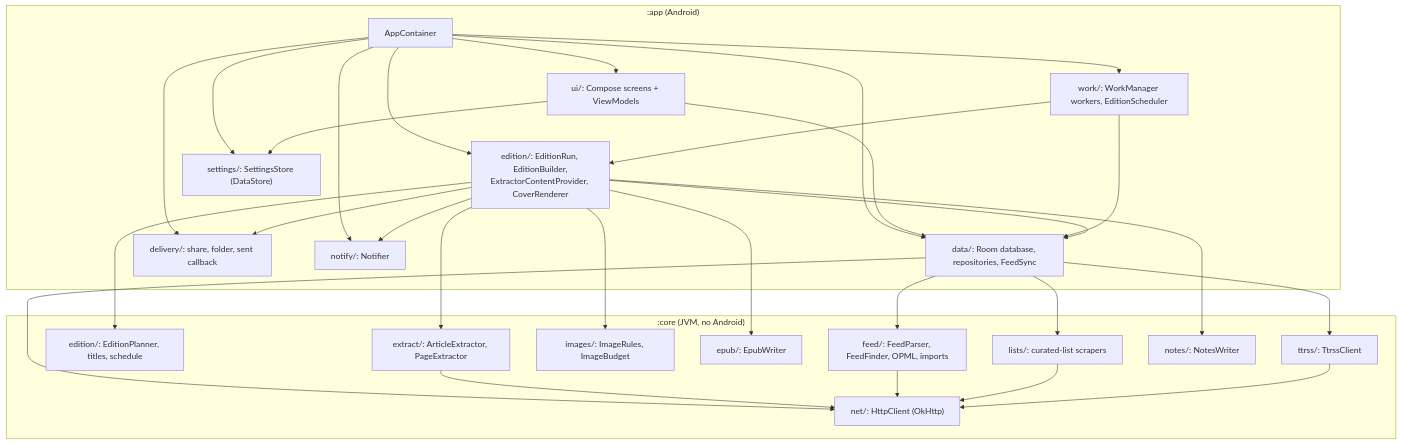
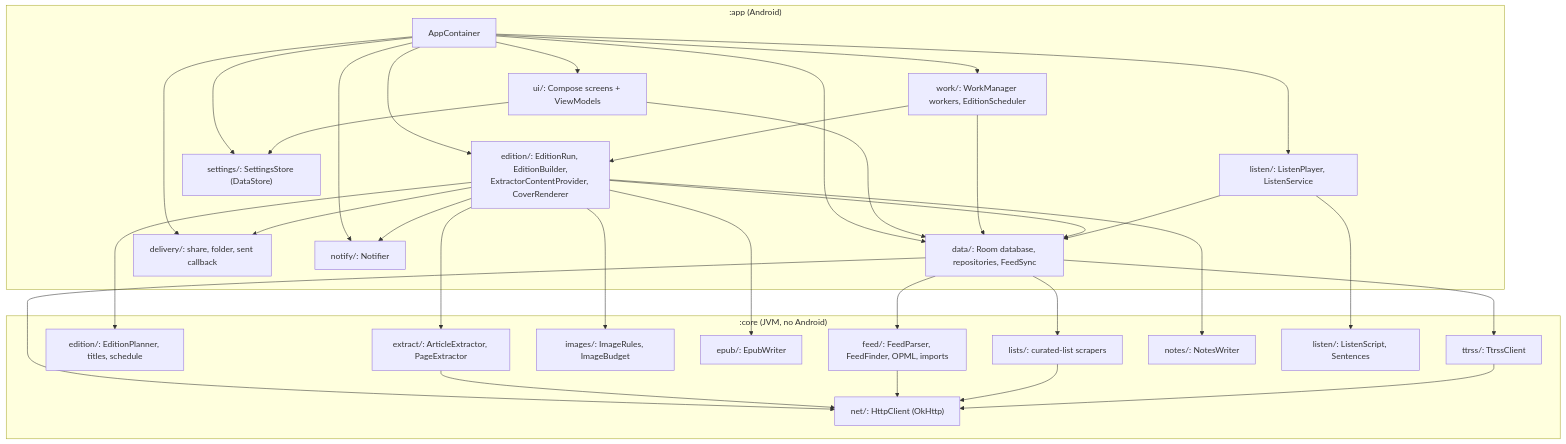
The first of 7 diagrams in docs/ARCHITECTURE.md (madCode/newspaperss), drawn with Mermaid before and after one commit. The commit also changed other lines of this file and 30 other files, not shown here.

First line of the commit message:
Listen: an edition read aloud in the phone's voice (#162)

````diff
--- a/docs/ARCHITECTURE.md
+++ b/docs/ARCHITECTURE.md
@@ -19,30 +19,33 @@
 ```mermaid
 flowchart TB
     subgraph app[":app (Android)"]
         ui["ui/: Compose screens + ViewModels"]
         work["work/: WorkManager workers, EditionScheduler"]
         edition["edition/: EditionRun, EditionBuilder,<br/>ExtractorContentProvider, CoverRenderer"]
         data["data/: Room database, repositories, FeedSync"]
         delivery["delivery/: share, folder, sent callback"]
         settings["settings/: SettingsStore (DataStore)"]
         notify["notify/: Notifier"]
+        listen["listen/: ListenPlayer, ListenService"]
         container["AppContainer"]
     end
     subgraph core[":core (JVM, no Android)"]
         feed["feed/: FeedParser, FeedFinder, OPML, imports"]
         plan["edition/: EditionPlanner, titles, schedule"]
         extract["extract/: ArticleExtractor, PageExtractor"]
         images["images/: ImageRules, ImageBudget"]
         epub["epub/: EpubWriter"]
         lists["lists/: curated-list scrapers"]
         ttrss["ttrss/: TtrssClient"]
         notes["notes/: NotesWriter"]
+        listenScript["listen/: ListenScript, Sentences"]
         net["net/: HttpClient (OkHttp)"]
     end
-    container --> ui & work & edition & data & delivery & settings & notify
+    container --> ui & work & edition & data & delivery & settings & notify & listen
     ui --> data & settings
     work --> edition & data
     edition --> data & delivery & notify & plan & extract & images & epub & notes
+    listen --> data & listenScript
     data --> feed & lists & ttrss & net
     extract & feed & lists & ttrss --> net
 ```
````
